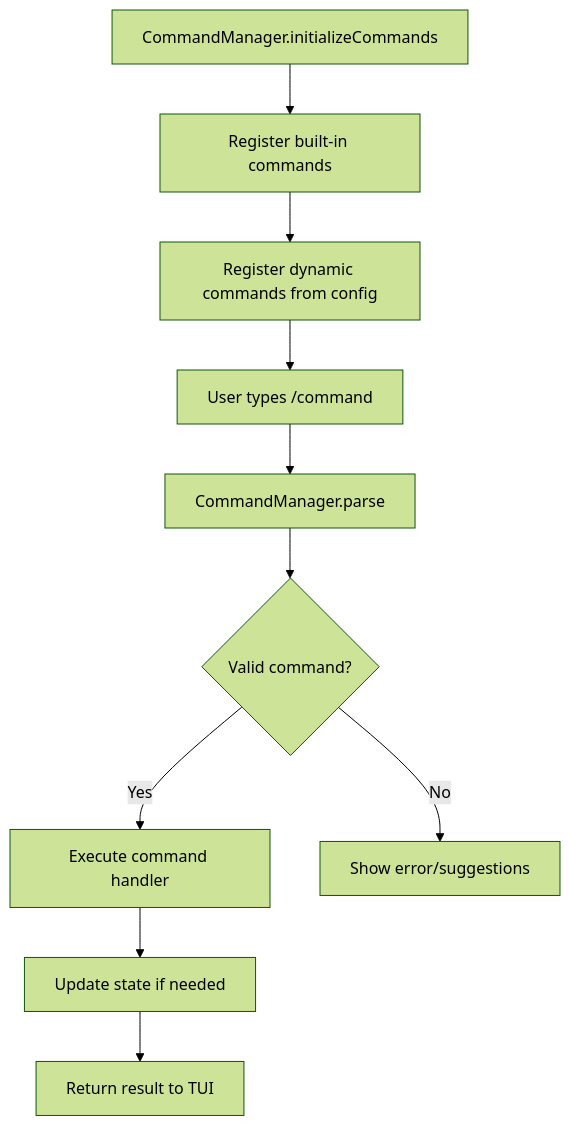
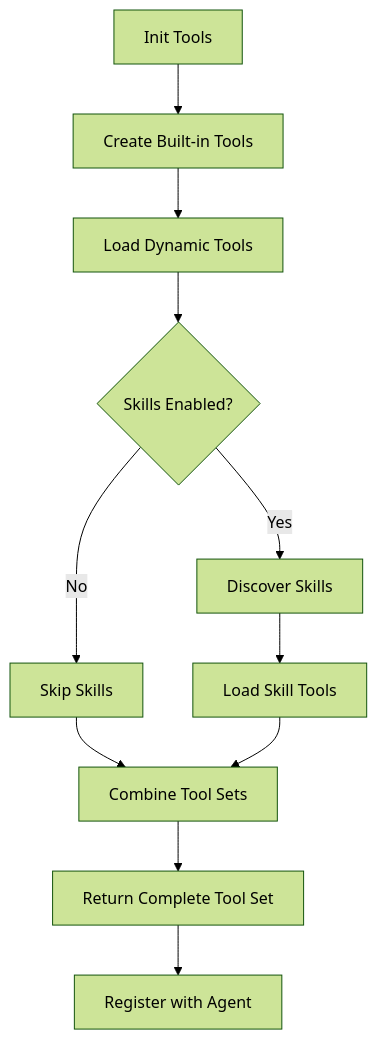
Before and after one commit to travisennis/acai-ts: the eighth of 10 diagrams in ARCHITECTURE.md, drawn with Mermaid (forest theme). The commit also changed other lines of this file and 11 other files, not shown here.

````diff
--- a/ARCHITECTURE.md
+++ b/ARCHITECTURE.md
@@ -739,12 +745,16 @@
 ```mermaid
-graph TD
-  A[CommandManager.initializeCommands] --> B[Register built-in commands]
-  B --> C[Register dynamic commands from config]
-  C --> D[User types /command]
-  D --> E[CommandManager.parse]
-  E --> F{Valid command?}
-  F -->|Yes| G[Execute command handler]
-  F -->|No| H[Show error/suggestions]
-  G --> I[Update state if needed]
-  I --> J[Return result to TUI]
+flowchart TD
+    A[Init Tools] --> B[Create Built-in Tools]
+    B --> C[Load Dynamic Tools]
+    C --> D{Skills Enabled?}
+    
+    D -->|Yes| E[Discover Skills]
+    D -->|No| F[Skip Skills]
+    
+    E --> G[Load Skill Tools]
+    F --> H[Combine Tool Sets]
+    G --> H
+    
+    H --> I[Return Complete Tool Set]
+    I --> J[Register with Agent]
 ```
````
